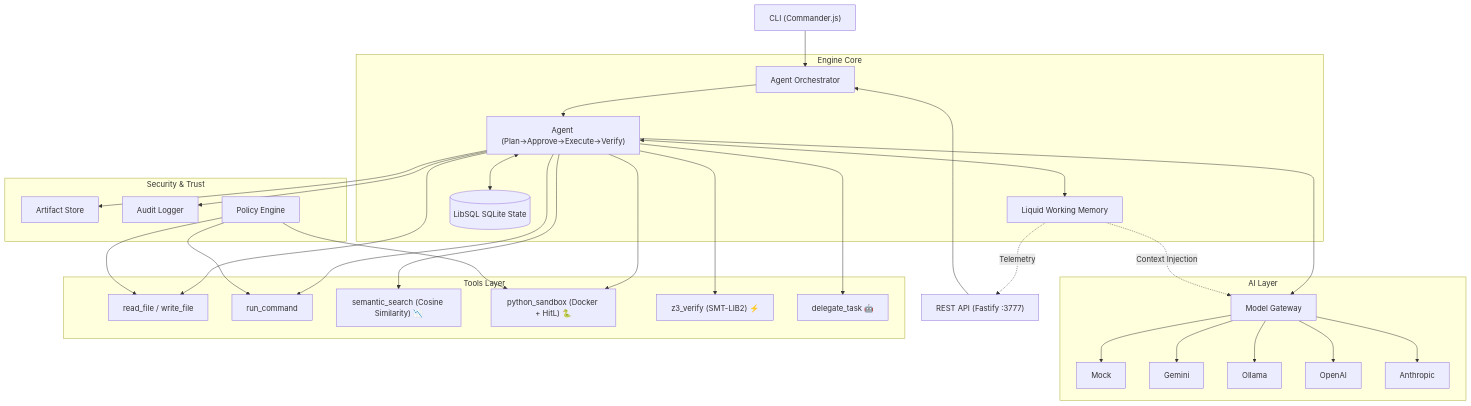
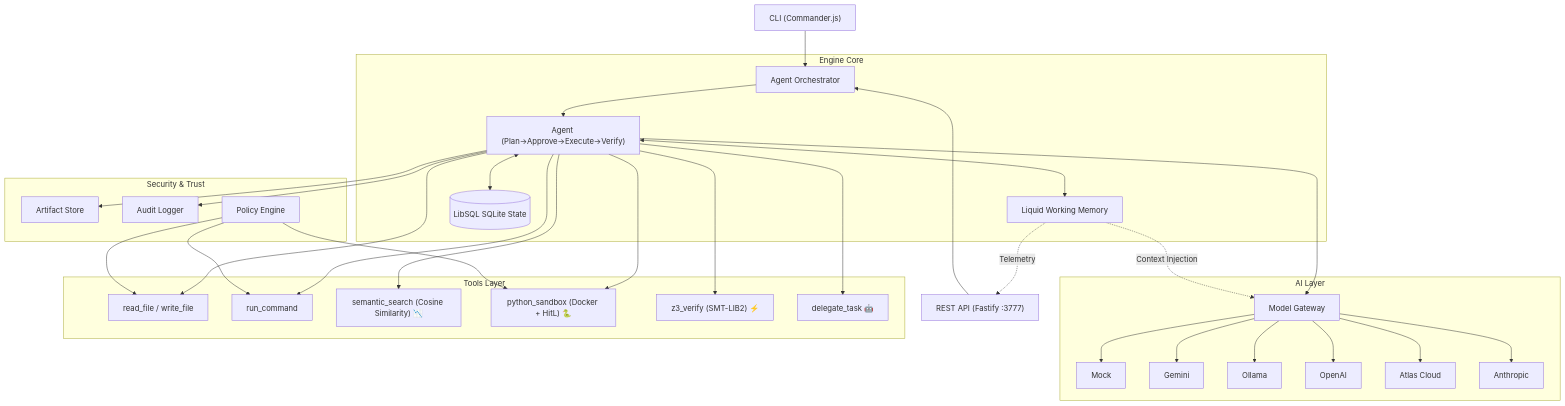
One commit to ishandutta2007/Velocity changed the diagram in newcore/README.md. Above: the diagram before and after it, drawn with Mermaid. The commit also changed other lines of this file and 7 other files, not shown here.

Commit message:
feat: add Atlas Cloud provider

````diff
--- a/newcore/README.md
+++ b/newcore/README.md
@@ -92,46 +92,47 @@
 ```mermaid
 graph TB
     CLI["CLI (Commander.js)"] --> ORCH
     API["REST API (Fastify :3777)"] --> ORCH
     
     subgraph Engine Core
         ORCH["Agent Orchestrator"]
         AGENT["Agent (Plan→Approve→Execute→Verify)"]
         LWM["Liquid Working Memory"]
         STATE[(LibSQL SQLite State)]
         ORCH --> AGENT
         AGENT <--> STATE
         AGENT <--> LWM
     end
     
     subgraph AI Layer
         GW["Model Gateway"]
         GW --> MOCK["Mock"]
         GW --> GEMINI["Gemini"]
         GW --> OLLAMA["Ollama"]
         GW --> OPENAI["OpenAI"]
+        GW --> ATLAS["Atlas Cloud"]
         GW --> ANTHROPIC["Anthropic"]
     end
     
     subgraph "Tools Layer"
         FS["read_file / write_file"]
         TERM["run_command"]
         RAG["semantic_search (Cosine Similarity) 📉"]
         SANDBOX["python_sandbox (Docker + HitL) 🐍"]
         Z3["z3_verify (SMT-LIB2) ⚡"]
         DELEGATE["delegate_task 🤖"]
     end
     
     subgraph Security & Trust
         ART["Artifact Store"]
         AUDIT["Audit Logger"]
         POLICY["Policy Engine"]
     end
     
     AGENT --> GW
     AGENT --> FS & TERM & RAG & SANDBOX & Z3 & DELEGATE
     AGENT --> ART & AUDIT
     POLICY --> FS & TERM & SANDBOX
     LWM -.->|"Context Injection"| GW
     LWM -.->|"Telemetry"| API
 ```
````
